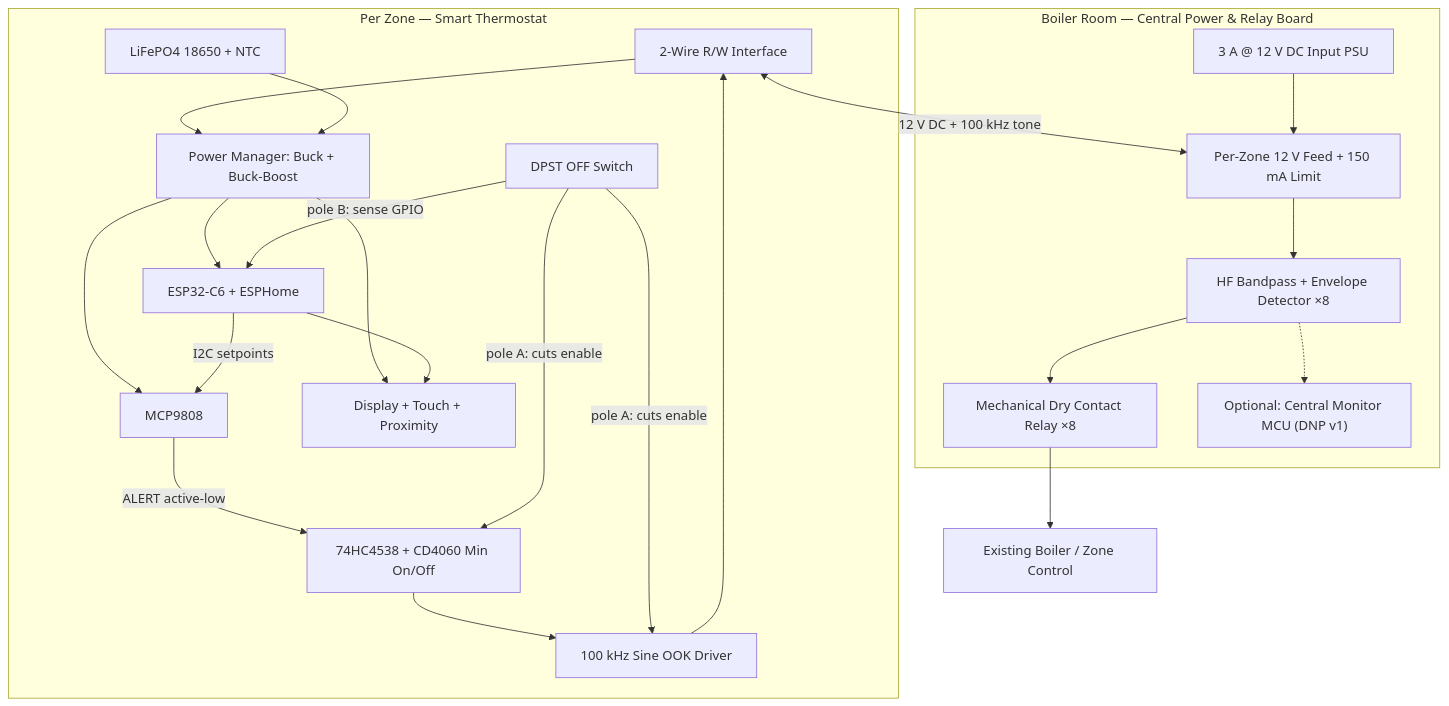
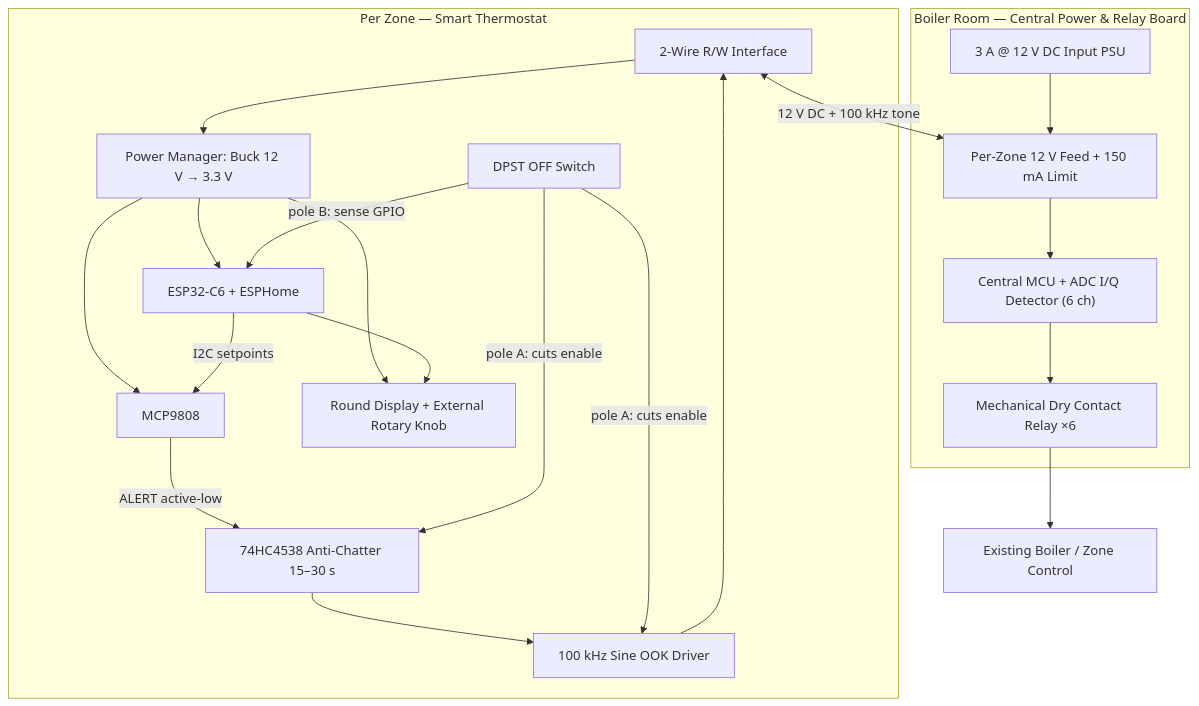
Before and after one commit to greydigger/thermostat: the first of 5 diagrams in DESIGN.md, drawn with Mermaid. The commit also changed other lines of this file, not shown here.

First line of the commit message:
docs: revise design — 6 zones, bus-only, I/Q detector, 15–30s latch, knob display

````diff
--- a/DESIGN.md
+++ b/DESIGN.md
@@ -86,40 +87,36 @@
 ```mermaid
 flowchart TB
     subgraph BoilerRoom["Boiler Room — Central Power & Relay Board"]
         PSU["3 A @ 12 V DC Input PSU"]
         ZPSU["Per-Zone 12 V Feed + 150 mA Limit"]
-        DET["HF Bandpass + Envelope Detector ×8"]
-        RELAY["Mechanical Dry Contact Relay ×8"]
-        MCU_C["Optional: Central Monitor MCU (DNP v1)"]
+        MCU_C["Central MCU + ADC I/Q Detector (6 ch)"]
+        RELAY["Mechanical Dry Contact Relay ×6"]
         PSU --> ZPSU
-        ZPSU --> DET
-        DET --> RELAY
-        DET -.-> MCU_C
+        ZPSU --> MCU_C
+        MCU_C --> RELAY
     end
 
     subgraph ZoneN["Per Zone — Smart Thermostat"]
         BUS["2-Wire R/W Interface"]
-        PWR["Power Manager: Buck + Buck-Boost"]
+        PWR["Power Manager: Buck 12 V → 3.3 V"]
         MCP["MCP9808"]
-        LATCH["74HC4538 + CD4060 Min On/Off"]
+        LATCH["74HC4538 Anti-Chatter 15–30 s"]
         OSC["100 kHz Sine OOK Driver"]
         ESP["ESP32-C6 + ESPHome"]
-        UI["Display + Touch + Proximity"]
-        BAT["LiFePO4 18650 + NTC"]
+        UI["Round Display + External Rotary Knob"]
         OFF["DPST OFF Switch"]
 
         BUS --> PWR
-        BAT --> PWR
         PWR --> MCP & ESP & UI
         MCP -->|ALERT active-low| LATCH
         LATCH --> OSC
         OSC --> BUS
         ESP -->|I2C setpoints| MCP
         ESP --> UI
         OFF -->|pole A: cuts enable| LATCH & OSC
         OFF -->|pole B: sense GPIO| ESP
     end
 
     RELAY --> Legacy["Existing Boiler / Zone Control"]
     BUS <-->|"12 V DC + 100 kHz tone"| ZPSU
 ```
````
